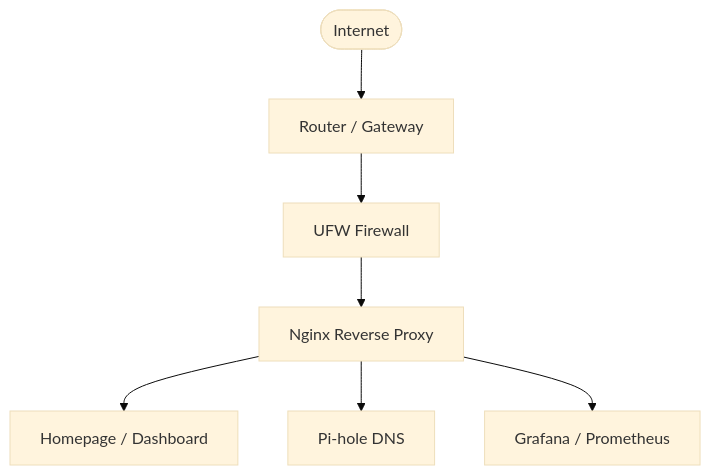
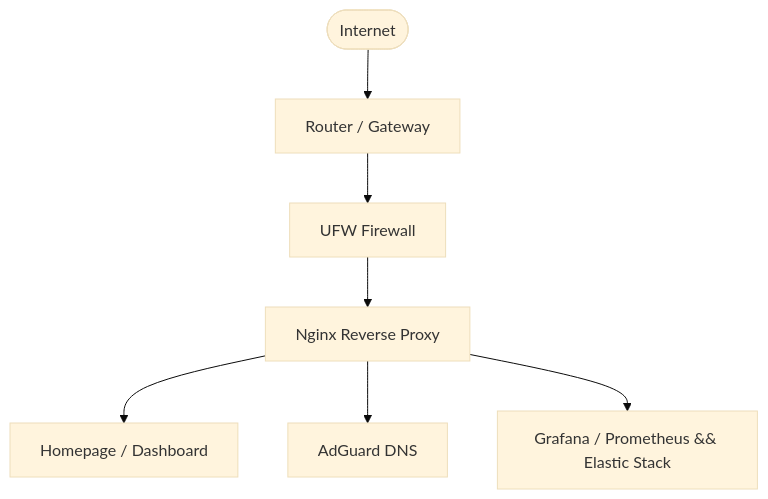
One commit to KatakoIsMe/homelab-server changed the diagram in README.md. Above: the diagram before and after it, drawn with Mermaid (base theme).

Commit message:
Finalizing README.md

````diff
--- a/README.md
+++ b/README.md
@@ -26,9 +26,9 @@
 ```mermaid
 graph TD
     Internet([Internet]) --> Router[Router / Gateway]
     Router --> Firewall[UFW Firewall]
     Firewall --> Nginx[Nginx Reverse Proxy]
     Nginx --> Dashboard[Homepage / Dashboard]
-    Nginx --> Pihole[Pi-hole DNS]
-    Nginx --> Grafana[Grafana / Prometheus]
+    Nginx --> AdGuardHome[AdGuard DNS]
+    Nginx --> Grafana[Grafana / Prometheus && Elastic Stack]
 ```
````
